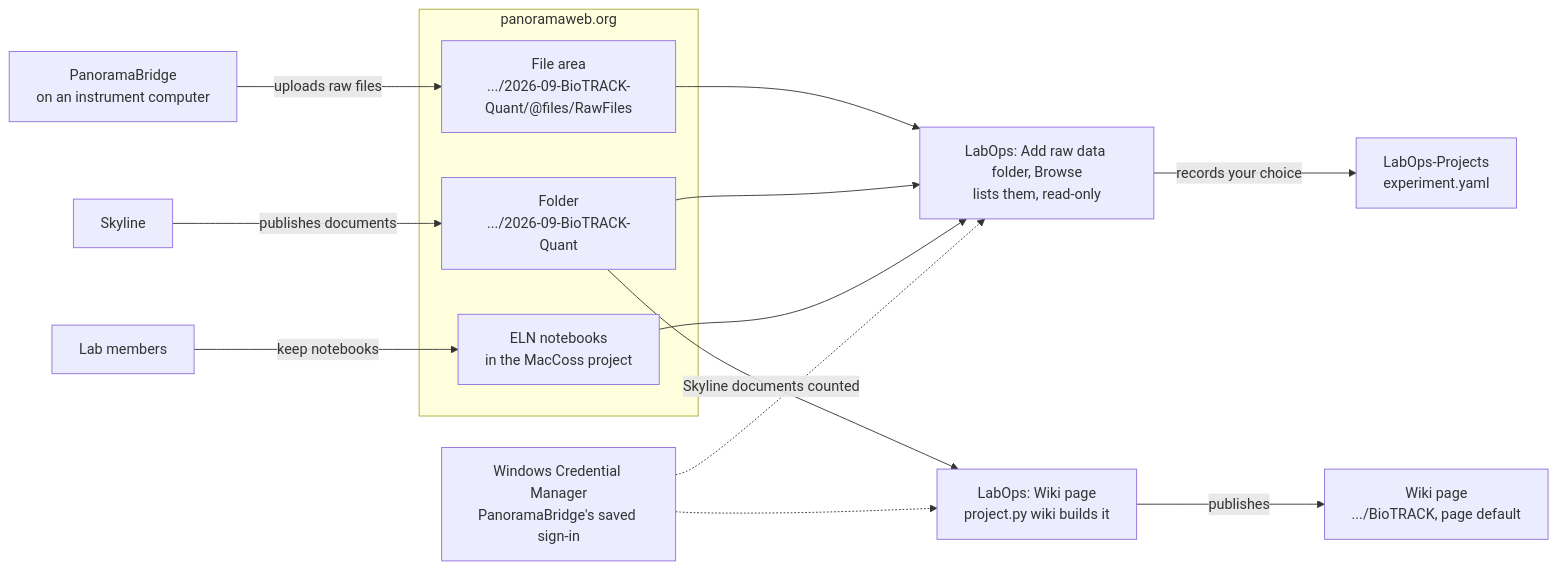
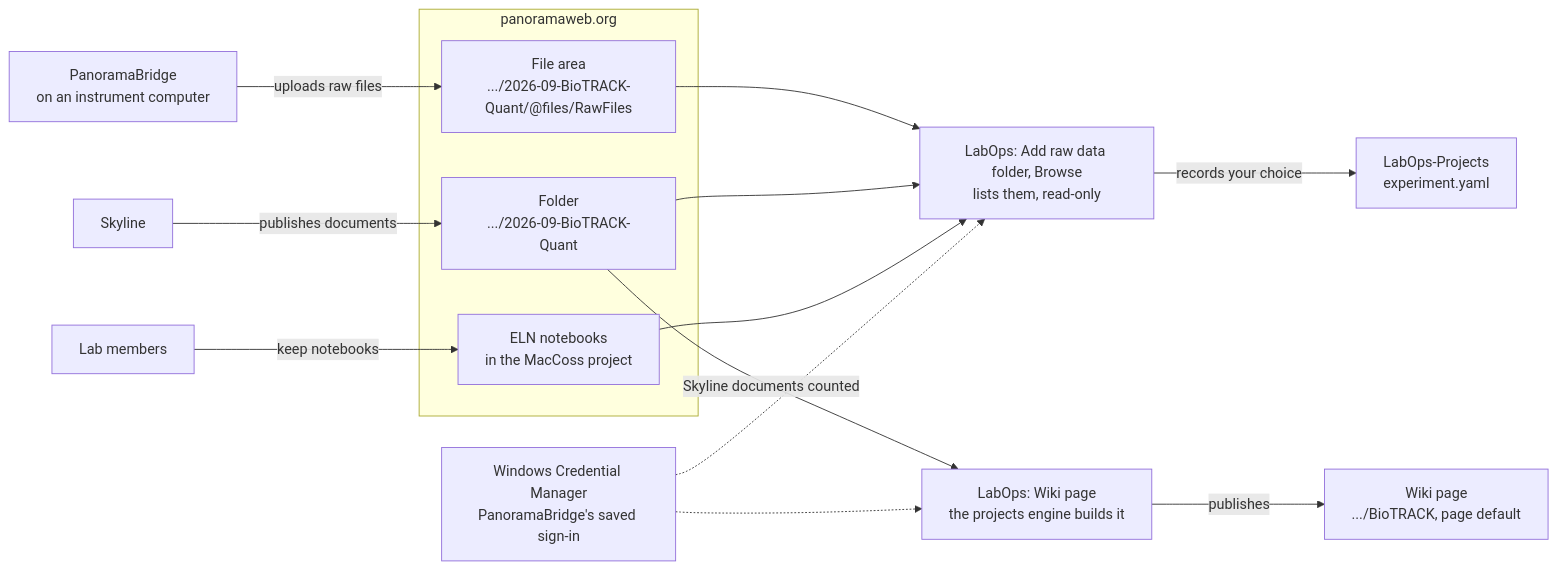
One commit to uw-maccosslab/LabOps changed the second of 6 diagrams in docs/architecture.md. Above: the diagram before and after it, drawn with Mermaid. The commit also changed other lines of this file and 63 other files, not shown here.

````diff
--- a/docs/architecture.md
+++ b/docs/architecture.md
@@ -67,19 +69,19 @@
 ```mermaid
 flowchart LR
     bridge["PanoramaBridge<br/>on an instrument computer"] -->|"uploads raw files"| rawFiles
     skyline["Skyline"] -->|"publishes documents"| folder
     people["Lab members"] -->|"keep notebooks"| eln
     subgraph panoramaSite["panoramaweb.org"]
         rawFiles["File area<br/>.../2026-09-BioTRACK-Quant/@files/RawFiles"]
         folder["Folder<br/>.../2026-09-BioTRACK-Quant"]
         eln["ELN notebooks<br/>in the MacCoss project"]
     end
     rawFiles --> browse["LabOps: Add raw data folder, Browse<br/>lists them, read-only"]
     folder --> browse
     eln --> browse
     creds["Windows Credential Manager<br/>PanoramaBridge's saved sign-in"] -.-> browse
     browse -->|"records your choice"| experiment["LabOps-Projects<br/>experiment.yaml"]
-    folder -->|"Skyline documents counted"| wikiBuild["LabOps: Wiki page<br/>project.py wiki builds it"]
+    folder -->|"Skyline documents counted"| wikiBuild["LabOps: Wiki page<br/>the projects engine builds it"]
     wikiBuild -->|"publishes"| wikiPage["Wiki page<br/>.../BioTRACK, page default"]
     creds -.-> wikiBuild
 ```
````
